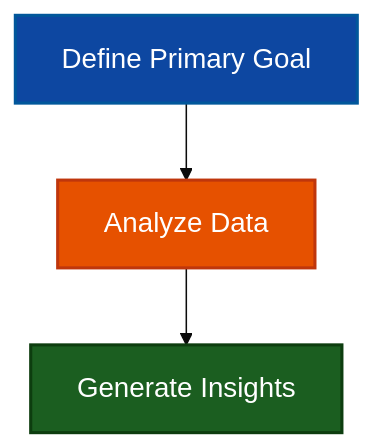
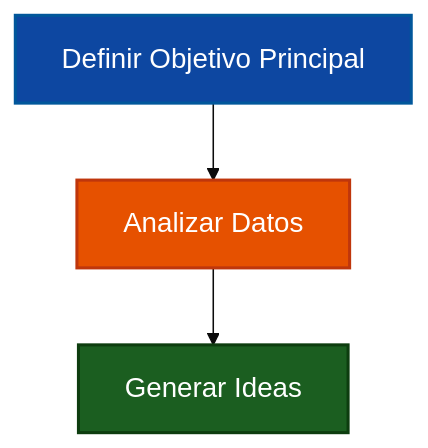
Before and after one commit to Ai-Whisperers/Courses-Content: the fifth of 5 diagrams in courses/02-development/FPUNA-2026/DIAGRAM-STYLE-GUIDE.md, drawn with Mermaid. The commit also changed other lines of this file and 1 other file, not shown here.

First line of the commit message:
feat(fpuna): translate DIAGRAM-STYLE-GUIDE.md to Spanish and fix README title

````diff
--- a/courses/02-development/FPUNA-2026/DIAGRAM-STYLE-GUIDE.md
+++ b/courses/02-development/FPUNA-2026/DIAGRAM-STYLE-GUIDE.md
@@ -217,10 +217,10 @@
 ```mermaid
 %%{init: {'theme':'base', 'themeVariables': {'fontSize':'18px'}}}%%
 graph TD
-    A[Define Primary Goal] --> B[Analyze Data]
-    B --> C[Generate Insights]
+    A[Definir Objetivo Principal] --> B[Analizar Datos]
+    B --> C[Generar Ideas]
     
     style A fill:#0d47a1,stroke:#01579b,stroke-width:2px,color:#fff
     style B fill:#e65100,stroke:#bf360c,stroke-width:2px,color:#fff
     style C fill:#1b5e20,stroke:#0d3d0f,stroke-width:2px,color:#fff
 ```
````
